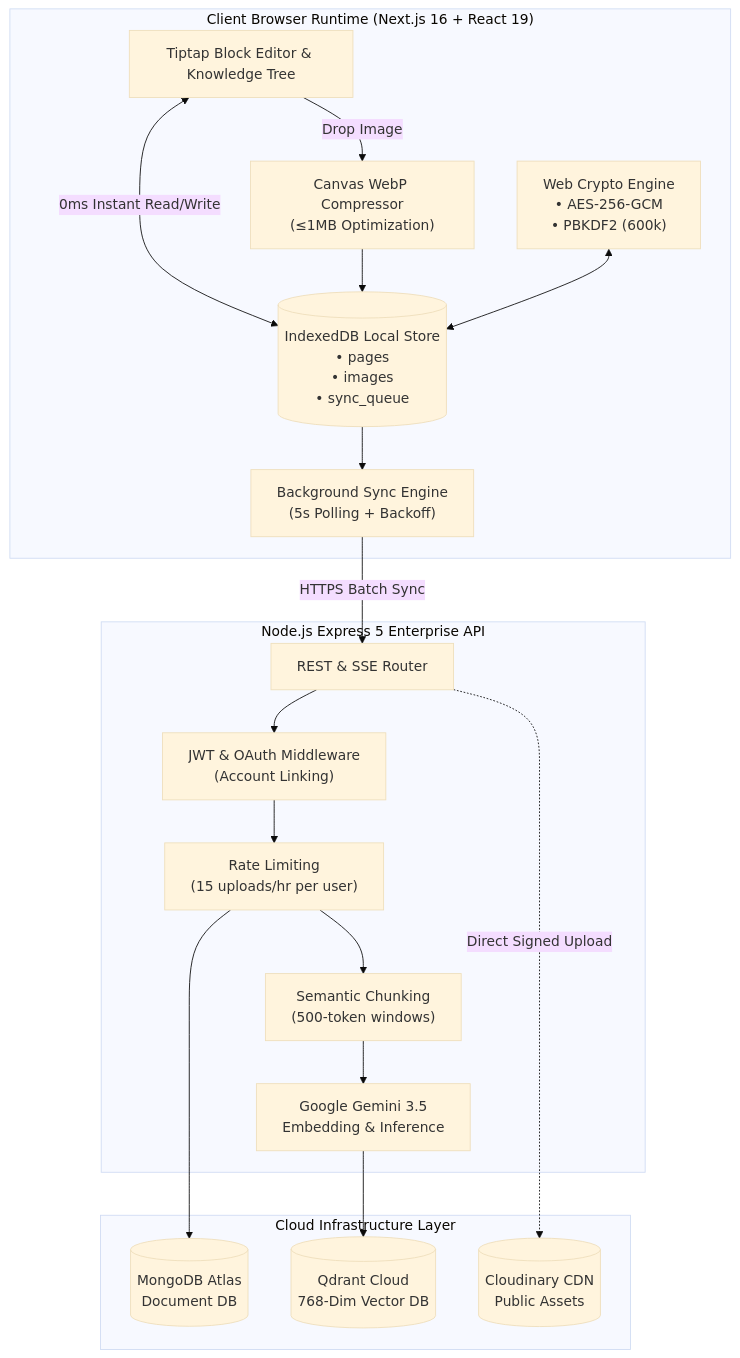
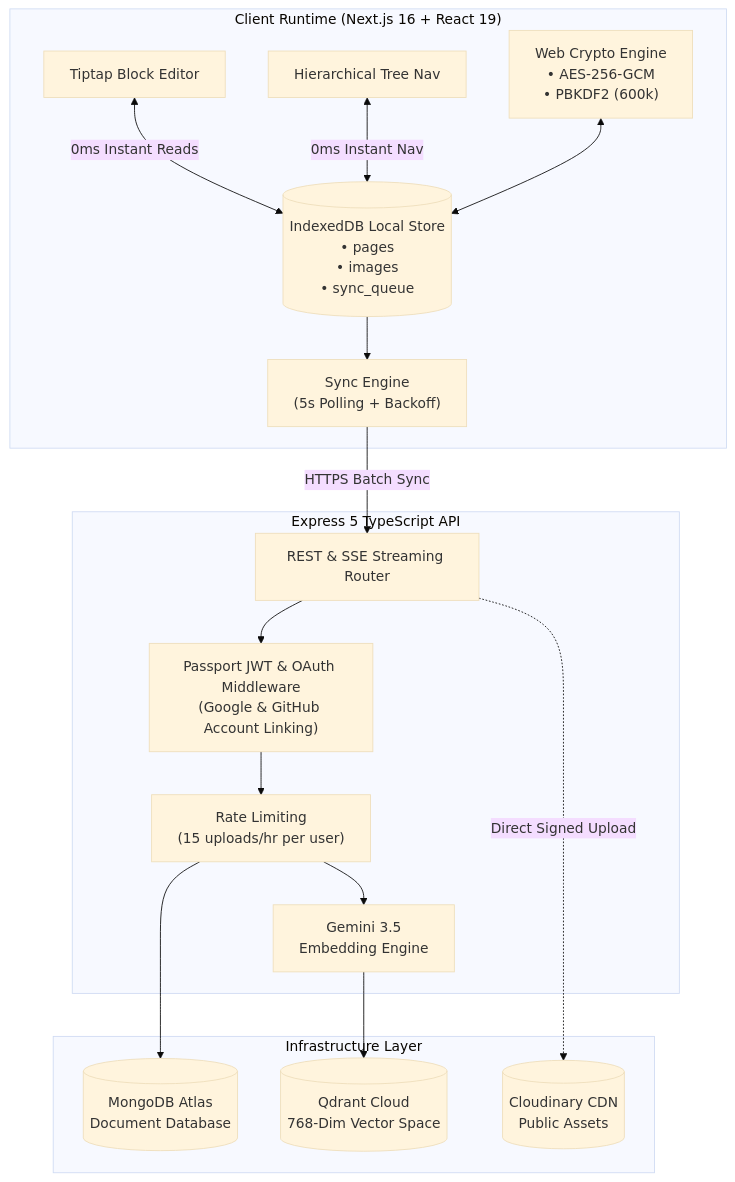
Before and after one commit to arjunrhetoric/thesubconscious: the diagram in README.md, drawn with Mermaid (base theme). The commit also changed other lines of this file, not shown here.

````diff
--- a/README.md
+++ b/README.md
@@ -62,35 +76,34 @@
 ```mermaid
 flowchart TB
-    subgraph Client ["Client Browser Runtime (Next.js 16 + React 19)"]
-        UI["Tiptap Block Editor & Knowledge Tree"]
+    subgraph Browser ["Client Runtime (Next.js 16 + React 19)"]
+        Editor["Tiptap Block Editor"]
+        Tree["Hierarchical Tree Nav"]
         IDB[("IndexedDB Local Store\n• pages\n• images\n• sync_queue")]
-        Crypto["Web Crypto Engine\n• AES-256-GCM\n• PBKDF2 (600k)"]
-        Canvas["Canvas WebP Compressor\n(≤1MB Optimization)"]
-        SyncEngine["Background Sync Engine\n(5s Polling + Backoff)"]
+        CryptoEngine["Web Crypto Engine\n• AES-256-GCM\n• PBKDF2 (600k)"]
+        SyncWorker["Sync Engine\n(5s Polling + Backoff)"]
 
-        UI <-->|0ms Instant Read/Write| IDB
-        UI -->|Drop Image| Canvas --> IDB
-        Crypto <--> IDB
-        IDB --> SyncEngine
+        Editor <-->|0ms Instant Reads| IDB
+        Tree <-->|0ms Instant Nav| IDB
+        CryptoEngine <--> IDB
+        IDB --> SyncWorker
     end
 
-    subgraph Backend ["Node.js Express 5 Enterprise API"]
-        Router["REST & SSE Router"]
-        AuthMiddleware["JWT & OAuth Middleware\n(Account Linking)"]
-        RateLimiter["Rate Limiting\n(15 uploads/hr per user)"]
-        Chunker["Semantic Chunking\n(500-token windows)"]
-        GeminiService["Google Gemini 3.5\nEmbedding & Inference"]
+    subgraph Backend ["Express 5 TypeScript API"]
+        Router["REST & SSE Streaming Router"]
+        Auth["Passport JWT & OAuth Middleware\n(Google & GitHub Account Linking)"]
+        RateLimit["Rate Limiting\n(15 uploads/hr per user)"]
+        EmbedService["Gemini 3.5\nEmbedding Engine"]
     end
 
-    subgraph Storage ["Cloud Infrastructure Layer"]
-        Mongo[("MongoDB Atlas\nDocument DB")]
-        Qdrant[("Qdrant Cloud\n768-Dim Vector DB")]
+    subgraph Cloud ["Infrastructure Layer"]
+        Mongo[("MongoDB Atlas\nDocument Database")]
+        QdrantCluster[("Qdrant Cloud\n768-Dim Vector Space")]
         CDN[("Cloudinary CDN\nPublic Assets")]
     end
 
-    SyncEngine -->|HTTPS Batch Sync| Router
-    Router --> AuthMiddleware --> RateLimiter
-    RateLimiter --> Mongo
-    RateLimiter --> Chunker --> GeminiService --> Qdrant
+    SyncWorker -->|HTTPS Batch Sync| Router
+    Router --> Auth --> RateLimit
+    RateLimit --> Mongo
+    RateLimit --> EmbedService --> QdrantCluster
     Router -.->|Direct Signed Upload| CDN
 ```
````
